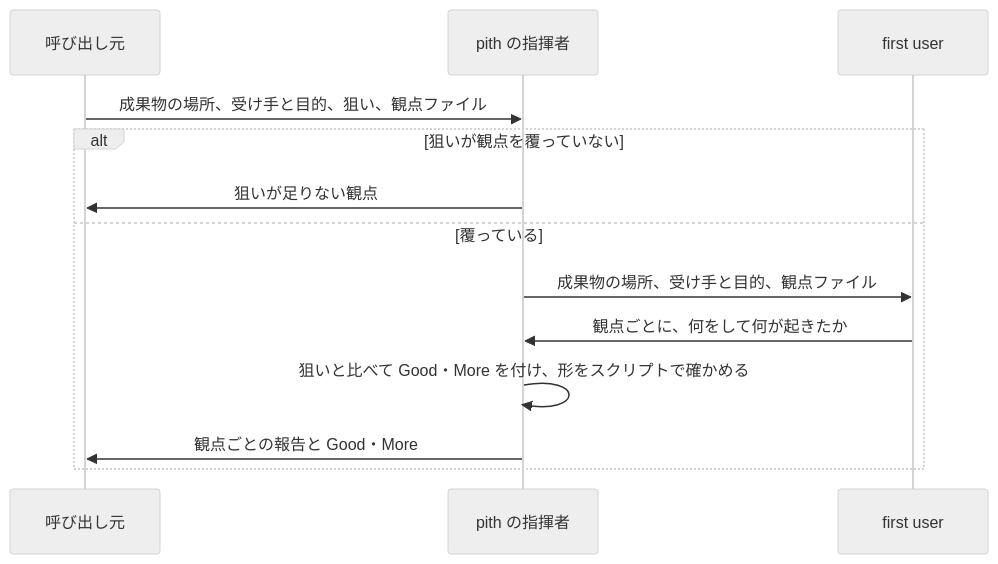
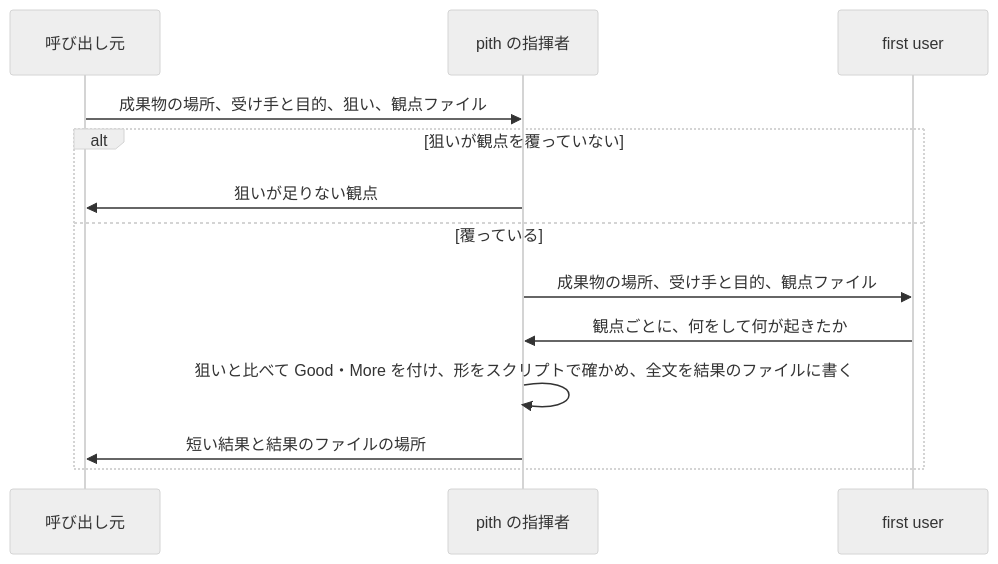
The fourth of 4 diagrams in writ/docs/design.md (lovaizu/ccpm), drawn with Mermaid (neutral theme) before and after one commit. The commit also changed other lines of this file and 1 other file, not shown here.

````diff
--- a/writ/docs/design.md
+++ b/writ/docs/design.md
@@ -257,15 +262,15 @@
 ```mermaid
 sequenceDiagram
   participant C as 呼び出し元
   participant PC as pith の指揮者
   participant FU as first user
   C->>PC: 成果物の場所、受け手と目的、狙い、観点ファイル
   alt 狙いが観点を覆っていない
     PC->>C: 狙いが足りない観点
   else 覆っている
     PC->>FU: 成果物の場所、受け手と目的、観点ファイル
     FU->>PC: 観点ごとに、何をして何が起きたか
-    PC->>PC: 狙いと比べて Good・More を付け、形をスクリプトで確かめる
-    PC->>C: 観点ごとの報告と Good・More
+    PC->>PC: 狙いと比べて Good・More を付け、形をスクリプトで確かめ、全文を結果のファイルに書く
+    PC->>C: 短い結果と結果のファイルの場所
   end
 ```
````
